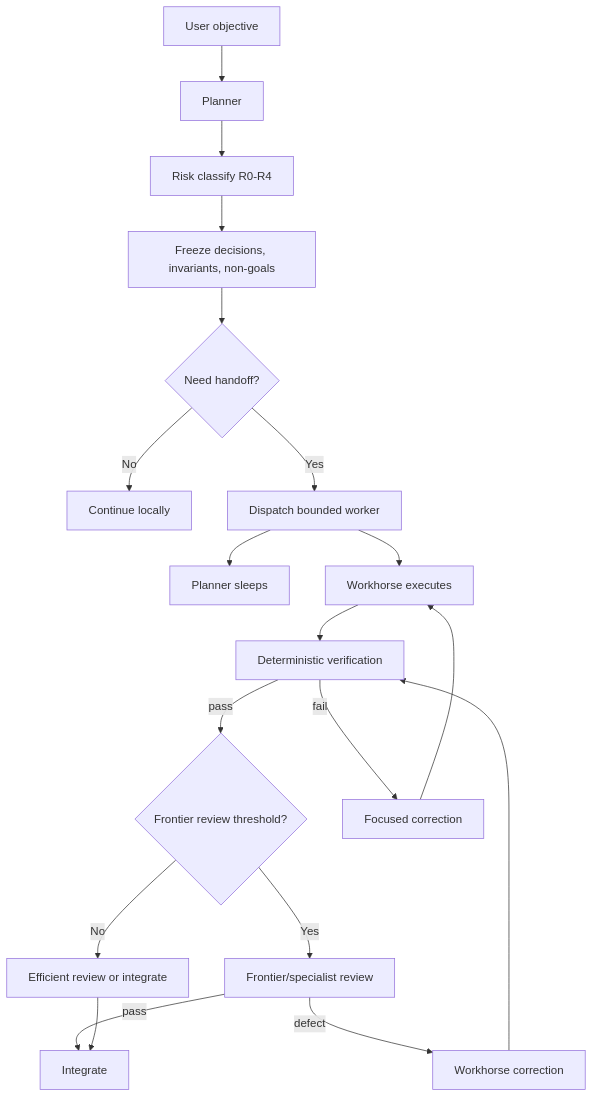
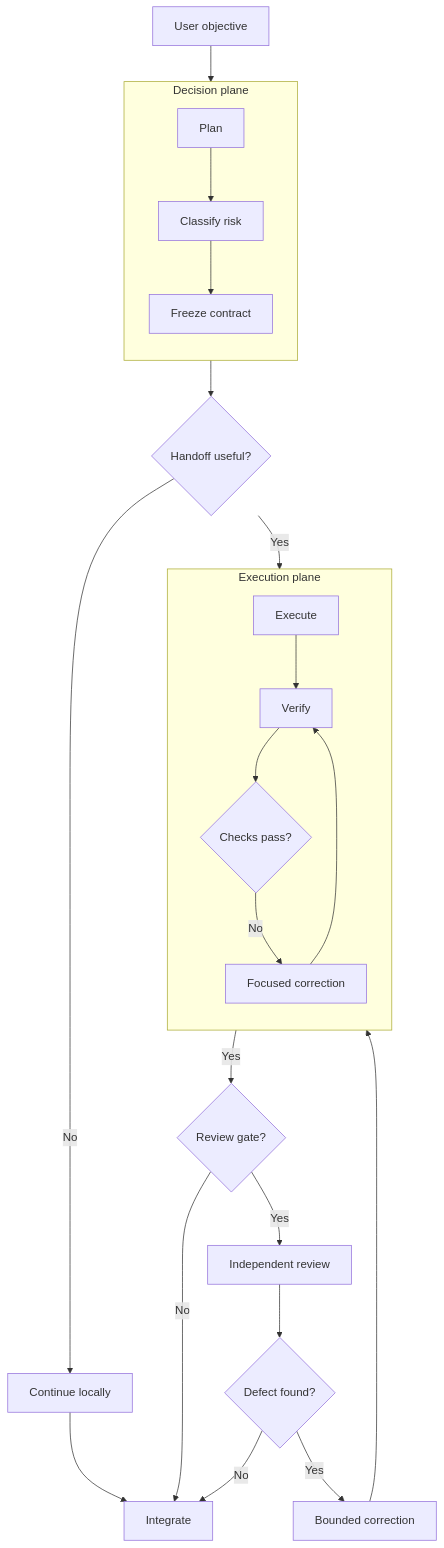
One commit to Strataward/durable-threads changed the first of 2 diagrams in plugins/durable-threads/skills/durable-threads/references/ARCHITECTURE.md. Above: the diagram before and after it, drawn with Mermaid. The commit also changed other lines of this file and 6 other files, not shown here.

````diff
--- a/plugins/durable-threads/skills/durable-threads/references/ARCHITECTURE.md
+++ b/plugins/durable-threads/skills/durable-threads/references/ARCHITECTURE.md
@@ -24,21 +24,31 @@
 ```mermaid
-flowchart TD
-    U[User objective] --> P[Planner]
-    P --> R[Risk classify R0-R4]
-    R --> C[Freeze decisions, invariants, non-goals]
-    C --> G{Need handoff?}
-    G -->|No| L[Continue locally]
-    G -->|Yes| D[Dispatch bounded worker]
-    D --> S[Planner sleeps]
-    D --> W[Workhorse executes]
-    W --> V[Deterministic verification]
-    V -->|pass| Q{Frontier review threshold?}
-    V -->|fail| F[Focused correction]
-    F --> W
-    Q -->|No| E[Efficient review or integrate]
-    Q -->|Yes| A[Frontier/specialist review]
-    A -->|defect| F2[Workhorse correction]
+flowchart TB
+    U["User objective"] --> P
+
+    subgraph DP["Decision plane"]
+        direction TB
+        P["Plan"] --> R["Classify risk"]
+        R --> C["Freeze contract"]
+    end
+
+    C --> H{"Handoff useful?"}
+    H -->|"No"| L["Continue locally"]
+    H -->|"Yes"| W
+
+    subgraph EP["Execution plane"]
+        direction TB
+        W["Execute"] --> V["Verify"]
+        V --> Q{"Checks pass?"}
+        Q -->|"No"| F["Focused correction"]
+        F --> V
+    end
+
+    Q -->|"Yes"| G{"Review gate?"}
+    G -->|"No"| I["Integrate"]
+    G -->|"Yes"| A["Independent review"]
+    A --> D{"Defect found?"}
+    D -->|"No"| I
+    D -->|"Yes"| F2["Bounded correction"]
     F2 --> V
-    A -->|pass| I[Integrate]
-    E --> I
+    L --> I
 ```
````
